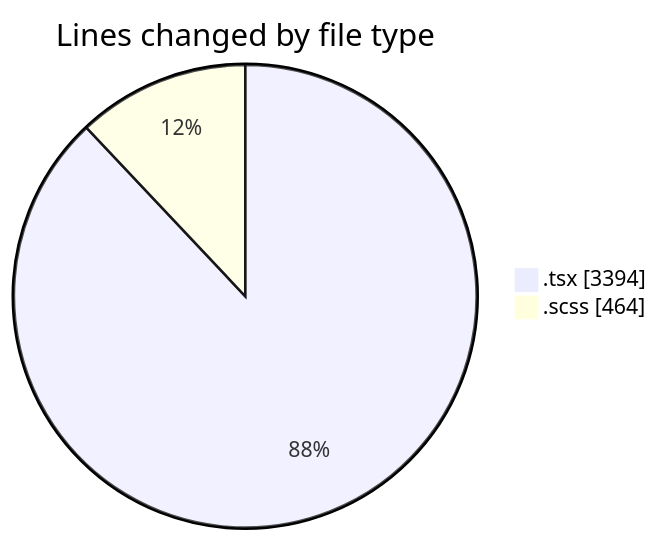
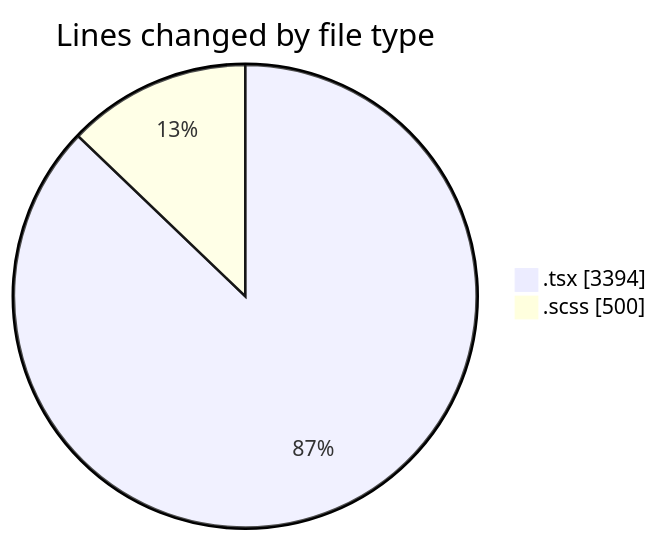
Before and after one commit to momahboobian/code-tracking: the first of 2 diagrams in 2025-09-30/cda/README.md, drawn with Mermaid. The commit also changed other lines of this file and 1 other file, not shown here.

````diff
--- a/2025-09-30/cda/README.md
+++ b/2025-09-30/cda/README.md
@@ -25,6 +25,6 @@
 ```mermaid
 pie showData
 title Lines changed by file type
 ".tsx" : 3394
-".scss" : 464
+".scss" : 500
 ```
````
